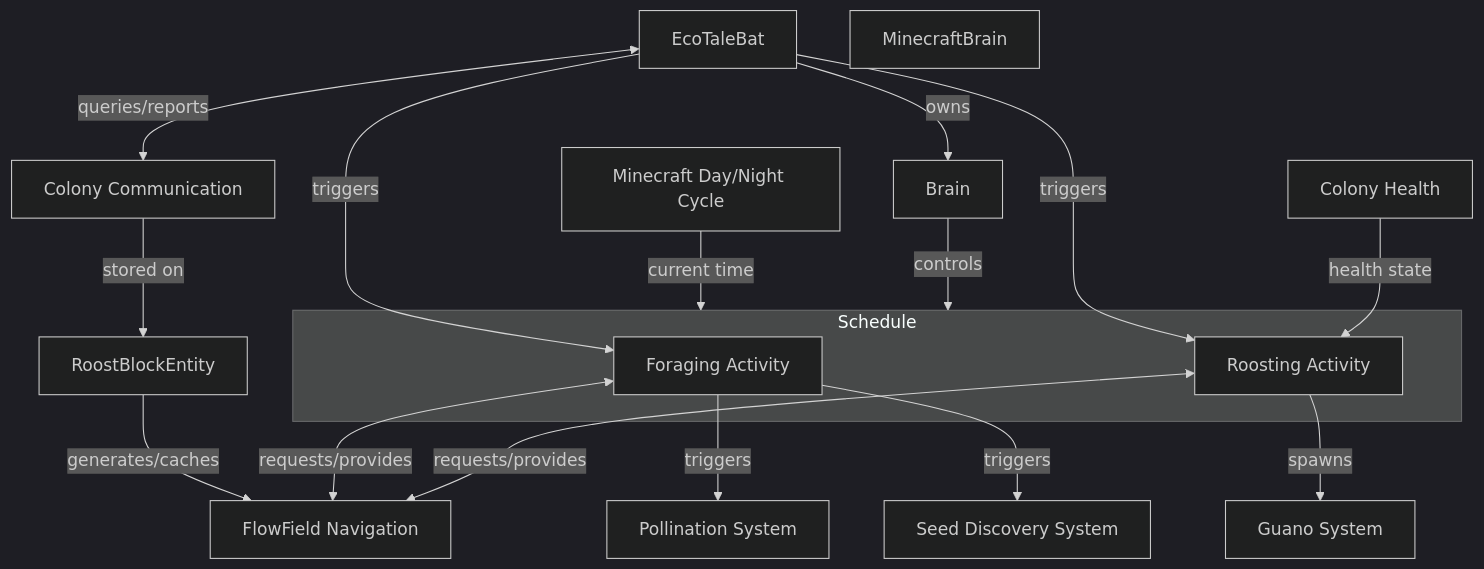
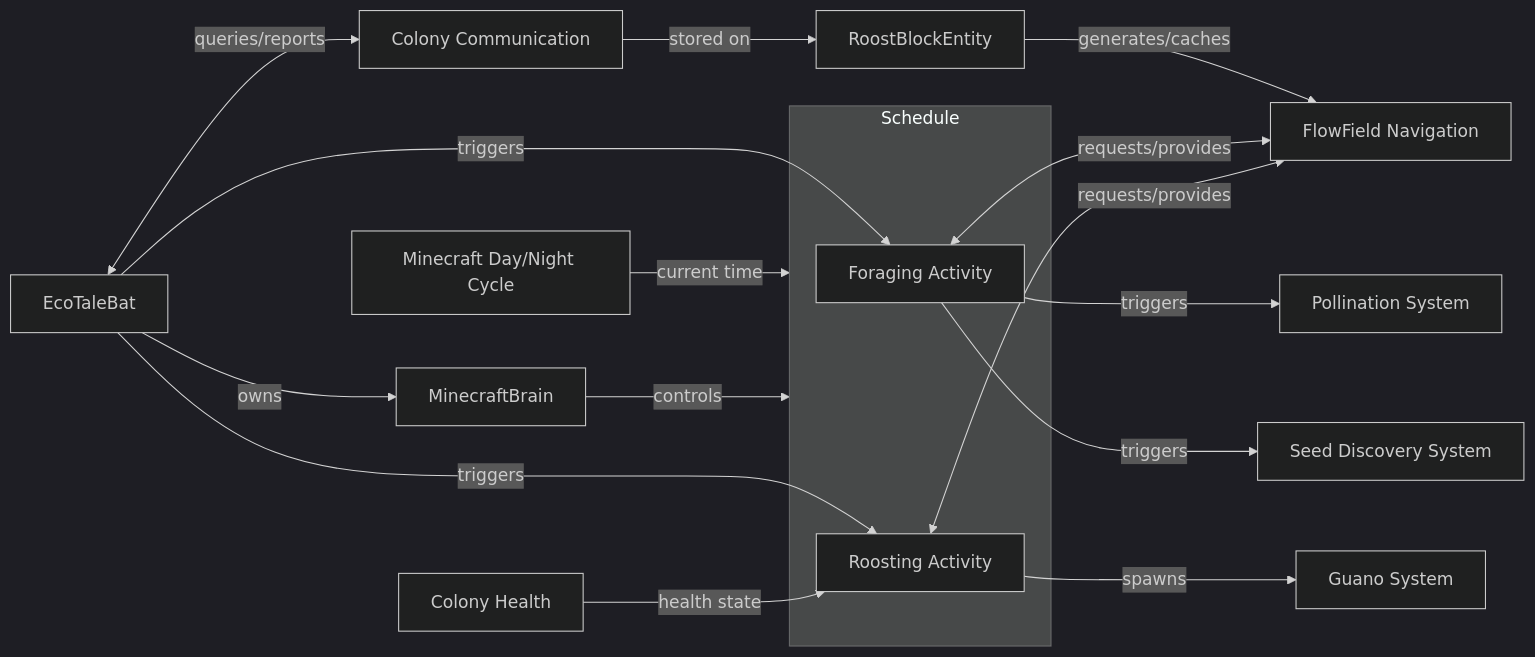
One commit to SoSly/EcoTale changed the diagram in docs/mobs/bats/AI Behavior.md. Above: the diagram before and after it, drawn with Mermaid (dark theme). The commit also changed other lines of this file and 32 other files, not shown here.

````diff
--- a/docs/mobs/bats/AI Behavior.md
+++ b/docs/mobs/bats/AI Behavior.md
@@ -13,44 +13,44 @@
 ```mermaid
-flowchart TD
+flowchart LR
     RoostBlockEntity
     EcoTaleBat
-    MinecraftBrain["MinecraftBrain"]
+    Brain["MinecraftBrain"]
     MinecraftDayCycle["Minecraft Day/Night Cycle"]
 
     FlowFieldNavigation["FlowField Navigation"]
     ColonyComms["Colony Communication"]
 
     PollinationSystem["Pollination System"]
     SeedDiscovery["Seed Discovery System"]
     GuanoSystem["Guano System"]
     ColonyHealth["Colony Health"]
 
     %% FlowField Navigation
     RoostBlockEntity -->|"generates/caches"| FlowFieldNavigation
 
     %% Daily Cycle
     MinecraftDayCycle -->|"current time"| Schedule
     EcoTaleBat -->|"owns"| Brain
     Brain -->|"controls"| Schedule
 
     subgraph Schedule
         ForagingActivity["Foraging Activity"]
         RoostingActivity["Roosting Activity"]
     end
 
     %% Foraging Activity
     EcoTaleBat -->|"triggers"| ForagingActivity
     ForagingActivity <-->|"requests/provides"| FlowFieldNavigation
     ForagingActivity -->|"triggers"| PollinationSystem
     ForagingActivity -->|"triggers"| SeedDiscovery
 
     %% Roosting Activity
     EcoTaleBat -->|"triggers"| RoostingActivity
     RoostingActivity <-->|"requests/provides"| FlowFieldNavigation
     RoostingActivity -->|"spawns"| GuanoSystem
     ColonyHealth -->|"health state"| RoostingActivity
 
     %% Colony Communication
     EcoTaleBat <-->|"queries/reports"| ColonyComms
     ColonyComms -->|"stored on"| RoostBlockEntity
 ```
````
